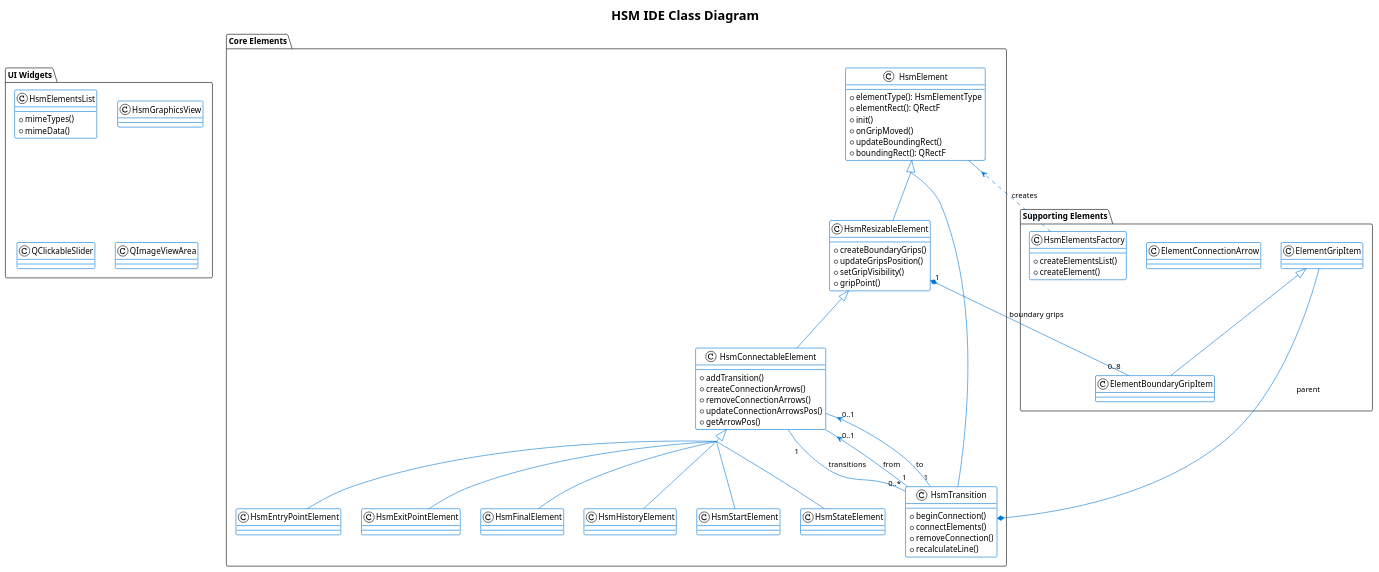
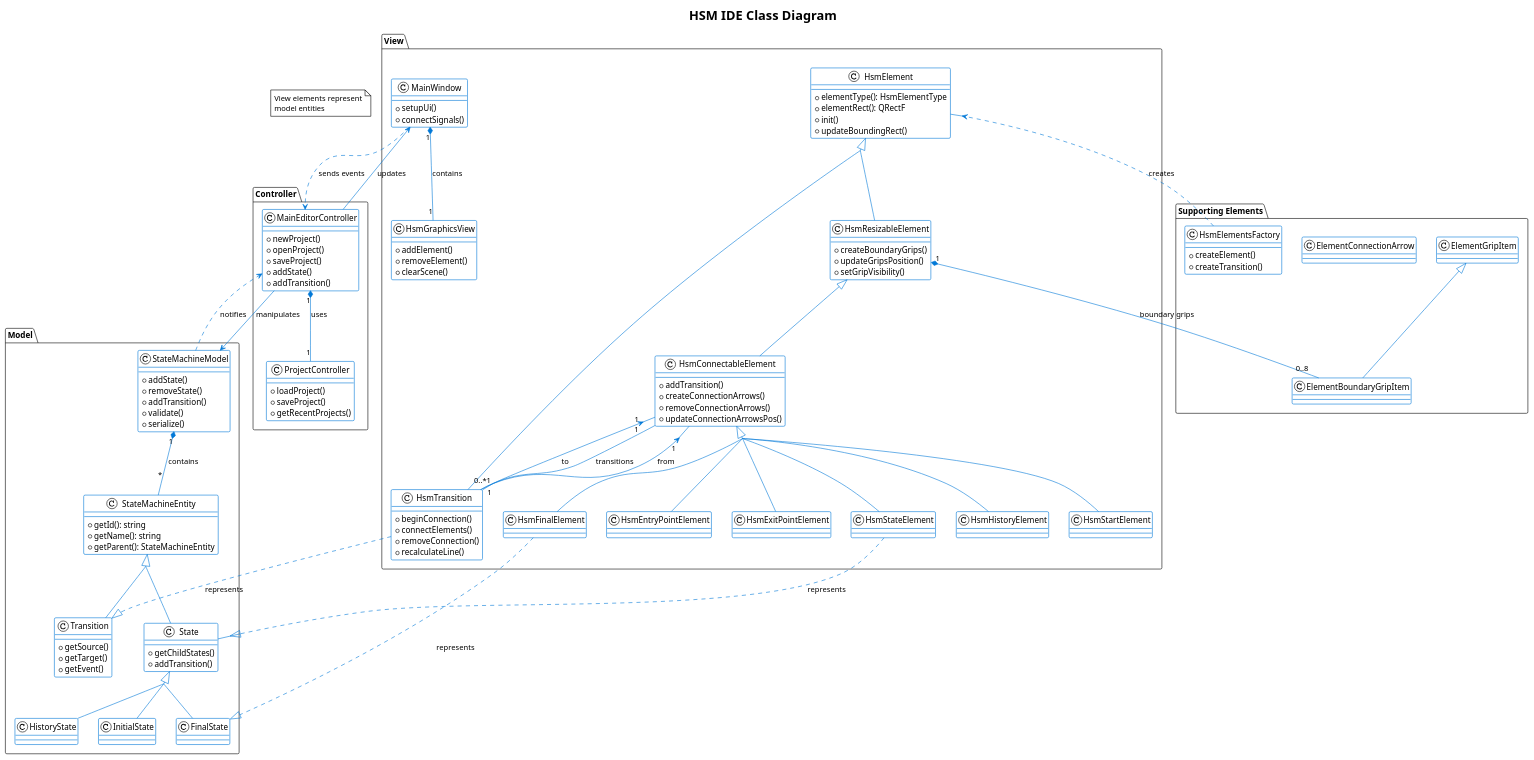
One commit to igor-krechetov/hsm-ide changed the diagram in doc/classes.pu. Above: the diagram before and after it, drawn with PlantUML. The commit also changed 21 other files, not shown here.

First line of the commit message:
[feat] Implement element deletion and transition connection improvements

```diff
--- a/doc/classes.pu
+++ b/doc/classes.pu
@@ -1,97 +1,161 @@
 @startuml
 
 !theme plain
-
 skinparam groupInheritance 2
 skinparam Shadowing false
 skinparam Class {
     BackgroundColor White
     ArrowColor #0078d7
     BorderColor #0078d7
 }
 
 title HSM IDE Class Diagram
 
-package "Core Elements" {
+package "Model" {
+  class StateMachineModel {
+    + addState()
+    + removeState()
+    + addTransition()
+    + validate()
+    + serialize()
+  }
+
+  class StateMachineEntity {
+    + getId(): string
+    + getName(): string
+    + getParent(): StateMachineEntity
+  }
+
+  class State {
+    + getChildStates()
+    + addTransition()
+  }
+
+  class Transition {
+    + getSource()
+    + getTarget()
+    + getEvent()
+  }
+
+  class FinalState
+  class HistoryState
+  class InitialState
+
+  StateMachineEntity <|-- State
+  StateMachineEntity <|-- Transition
+  State <|-- FinalState
+  State <|-- HistoryState
+  State <|-- InitialState
+
+  StateMachineModel "1" *-- "*" StateMachineEntity : contains
+}
+
+package "View" {
+  class MainWindow {
+    + setupUi()
+    + connectSignals()
+  }
+
+  class HsmGraphicsView {
+    + addElement()
+    + removeElement()
+    + clearScene()
+  }
+
   class HsmElement {
     + elementType(): HsmElementType
     + elementRect(): QRectF
     + init()
-    + onGripMoved()
     + updateBoundingRect()
-    + boundingRect(): QRectF
   }
 
   class HsmResizableElement {
     + createBoundaryGrips()
     + updateGripsPosition()
     + setGripVisibility()
-    + gripPoint()
   }
 
   class HsmConnectableElement {
     + addTransition()
     + createConnectionArrows()
     + removeConnectionArrows()
     + updateConnectionArrowsPos()
-    + getArrowPos()
   }
-
-  HsmElement <|-- HsmResizableElement
-  HsmResizableElement <|-- HsmConnectableElement
 
   class HsmEntryPointElement
   class HsmExitPointElement
   class HsmFinalElement
   class HsmHistoryElement
   class HsmStartElement
   class HsmStateElement
 
+  MainWindow "1" *-- "1" HsmGraphicsView : contains
+  HsmElement <|-- HsmResizableElement
+  HsmResizableElement <|-- HsmConnectableElement
   HsmConnectableElement <|-- HsmEntryPointElement
   HsmConnectableElement <|-- HsmExitPointElement
   HsmConnectableElement <|-- HsmFinalElement
   HsmConnectableElement <|-- HsmHistoryElement
   HsmConnectableElement <|-- HsmStartElement
   HsmConnectableElement <|-- HsmStateElement
 
   class HsmTransition {
     + beginConnection()
     + connectElements()
     + removeConnection()
     + recalculateLine()
   }
   HsmElement <|-- HsmTransition
 }
 
-package "UI Widgets" {
-  class HsmElementsList {
-    + mimeTypes()
-    + mimeData()
+package "Controller" {
+  class MainEditorController {
+    + newProject()
+    + openProject()
+    + saveProject()
+    + addState()
+    + addTransition()
   }
-  class HsmGraphicsView
-  class QClickableSlider
-  class QImageViewArea
+
+  class ProjectController {
+    + loadProject()
+    + saveProject()
+    + getRecentProjects()
+  }
+
+  MainEditorController "1" *-- "1" ProjectController : uses
 }
 
 package "Supporting Elements" {
   class ElementGripItem
   class ElementBoundaryGripItem
   class ElementConnectionArrow
   ElementGripItem <|-- ElementBoundaryGripItem
-  ElementGripItem --* HsmTransition: parent
 
   class HsmElementsFactory {
-    + createElementsList()
     + createElement()
+    + createTransition()
   }
+
+  HsmResizableElement "1" *-- "0..8" ElementBoundaryGripItem : boundary grips
+  HsmConnectableElement "1" -- "0..*" HsmTransition: transitions
+  HsmElementsFactory ..> HsmElement : creates
 }
 
-' Relationships
-' HsmConnectableElement "1" *-- "0..*" HsmTransition : transitions
-HsmResizableElement "1" *-- "0..8" ElementBoundaryGripItem : boundary grips
-HsmConnectableElement "1" -- "0..*" HsmTransition: transitions
-HsmTransition "1" --> "0..1" HsmConnectableElement : from
-HsmTransition "1" --> "0..1" HsmConnectableElement : to
-HsmElementsFactory ..> HsmElement : creates
+' Model-View-Controller Relationships
+MainEditorController --> StateMachineModel : manipulates
+MainEditorController --> MainWindow : updates
+StateMachineModel ..> MainEditorController : notifies
+MainWindow ..> MainEditorController : sends events
+
+' Element Connections
+HsmTransition "1" --> "1" HsmConnectableElement : from
+HsmTransition "1" --> "1" HsmConnectableElement : to
+
+' View-Model Mapping
+note "View elements represent\nmodel entities" as N1
+HsmStateElement ..|> State : represents
+HsmTransition ..|> Transition : represents
+HsmFinalElement ..|> FinalState : represents
 
 @enduml
```
